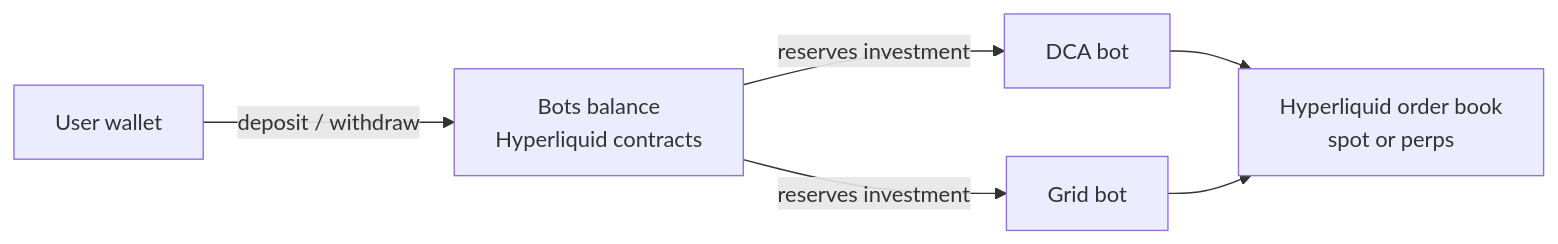
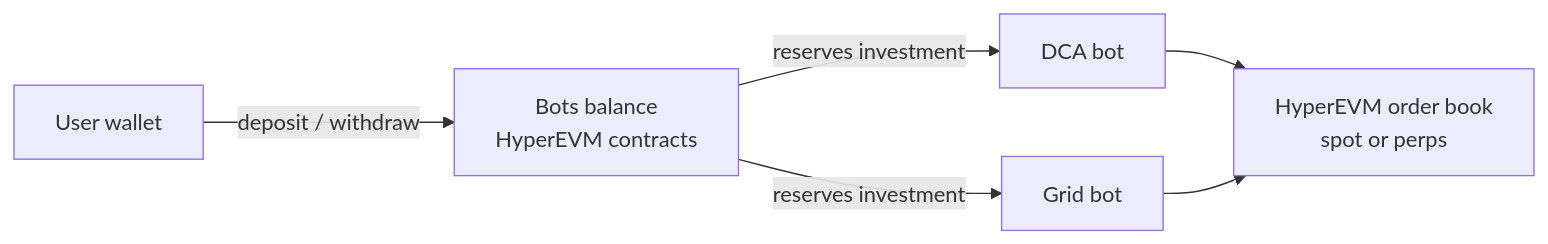
The first of 2 diagrams in README.md (dyxy-io/trading-bots), drawn with Mermaid before and after one commit. The commit also changed other lines of this file, not shown here.

Commit message:
Use HyperEVM instead of Hyperliquid
Claude-Session: https://claude.ai/code/session_012iQuL1Pk5Q3HYNx96DLsc1

````diff
--- a/README.md
+++ b/README.md
@@ -26,8 +26,8 @@
 ```mermaid
 flowchart LR
-    W["User wallet"] -- deposit / withdraw --> BB["Bots balance<br/>Hyperliquid contracts"]
+    W["User wallet"] -- deposit / withdraw --> BB["Bots balance<br/>HyperEVM contracts"]
     BB -- reserves investment --> B1["DCA bot"]
     BB -- reserves investment --> B2["Grid bot"]
-    B1 --> HL["Hyperliquid order book<br/>spot or perps"]
+    B1 --> HL["HyperEVM order book<br/>spot or perps"]
     B2 --> HL
 ```
````
